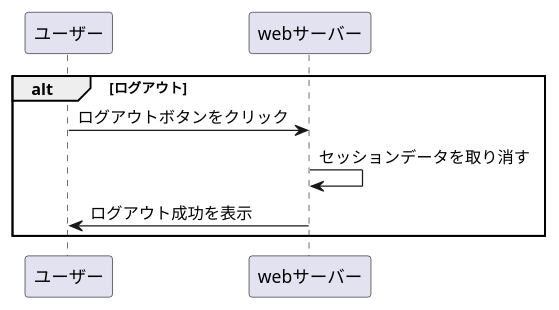
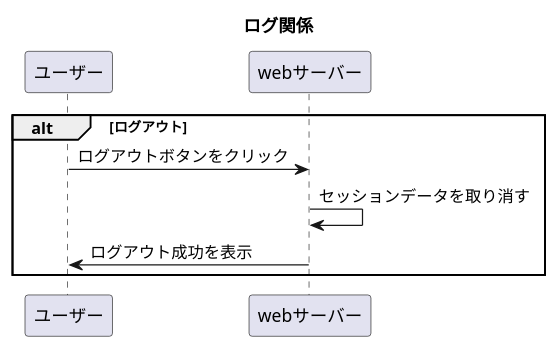
Before and after one commit to Aso2001227/Aso-Sports-1: the diagram in 設計書/02_業務フロー/Log-flow.md, drawn with PlantUML.

````diff
--- a/設計書/02_業務フロー/Log-flow.md
+++ b/設計書/02_業務フロー/Log-flow.md
@@ -1,9 +1,10 @@
 ```uml
 @startuml
+title: ログ関係
 alt ログアウト
 ユーザー ->webサーバー :ログアウトボタンをクリック
 webサーバー -> webサーバー :セッションデータを取り消す
 webサーバー -> ユーザー :ログアウト成功を表示
 end
 @enduml
 ```
````
